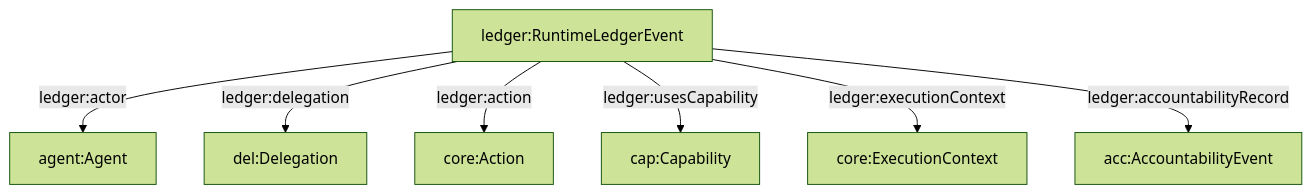
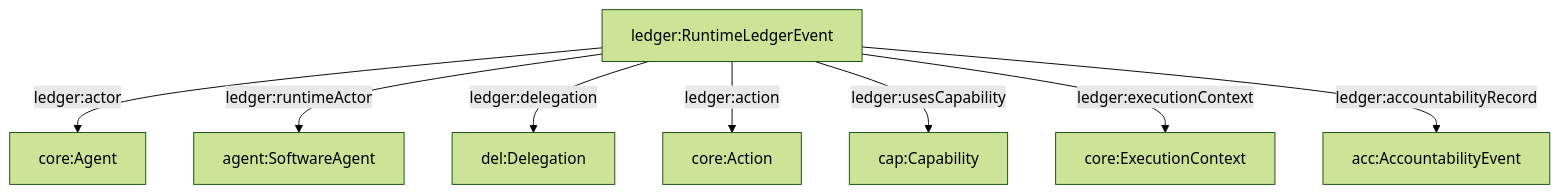
Before and after one commit to RichCanvas3/agent-ontology: the second of 2 diagrams in docs/ledger.md, drawn with Mermaid (forest theme). The commit also changed other lines of this file and 30 other files, not shown here.

````diff
--- a/docs/ledger.md
+++ b/docs/ledger.md
@@ -47,9 +48,10 @@
 ```mermaid
 graph TD
-  E[ledger:RuntimeLedgerEvent] -->|ledger:actor| A[agent:Agent]
+  E[ledger:RuntimeLedgerEvent] -->|ledger:actor| A[core:Agent]
+  E -->|ledger:runtimeActor| SA[agent:SoftwareAgent]
   E -->|ledger:delegation| D[del:Delegation]
   E -->|ledger:action| X[core:Action]
   E -->|ledger:usesCapability| C[cap:Capability]
   E -->|ledger:executionContext| EC[core:ExecutionContext]
   E -->|ledger:accountabilityRecord| ACC[acc:AccountabilityEvent]
 ```
````
